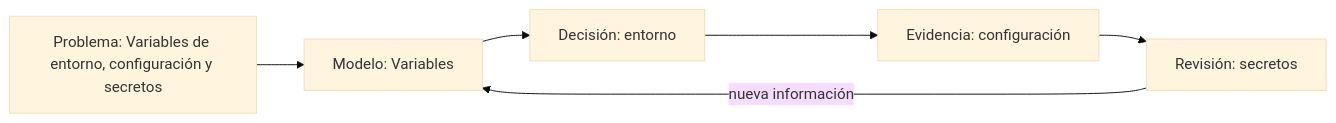
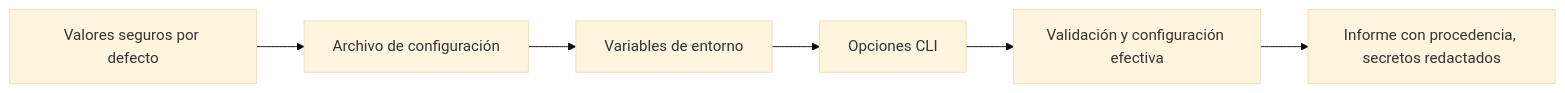
The second of 2 diagrams in classes/part-02-sistemas-operativos-terminal-y-automatizacion-base/se-031-variables-de-entorno-configuracion-y-secretos/README.md (vladimiracunadev-create/modern-software-engineering-program), drawn with Mermaid (base theme) before and after one commit. The commit also changed other lines of this file and 85 other files, not shown here.

````diff
--- a/classes/part-02-sistemas-operativos-terminal-y-automatizacion-base/se-031-variables-de-entorno-configuracion-y-secretos/README.md
+++ b/classes/part-02-sistemas-operativos-terminal-y-automatizacion-base/se-031-variables-de-entorno-configuracion-y-secretos/README.md
@@ -40,8 +62,8 @@
 ```mermaid
 flowchart LR
-    P["Problema: Variables de entorno, configuración y secretos"] --> M["Modelo: Variables"]
-    M --> D["Decisión: entorno"]
-    D --> E["Evidencia: configuración"]
-    E --> R["Revisión: secretos"]
-    R -->|nueva información| M
+    D[Valores seguros por defecto] --> F[Archivo de configuración]
+    F --> E[Variables de entorno]
+    E --> C[Opciones CLI]
+    C --> V[Validación y configuración efectiva]
+    V --> R[Informe con procedencia, secretos redactados]
 ```
````
